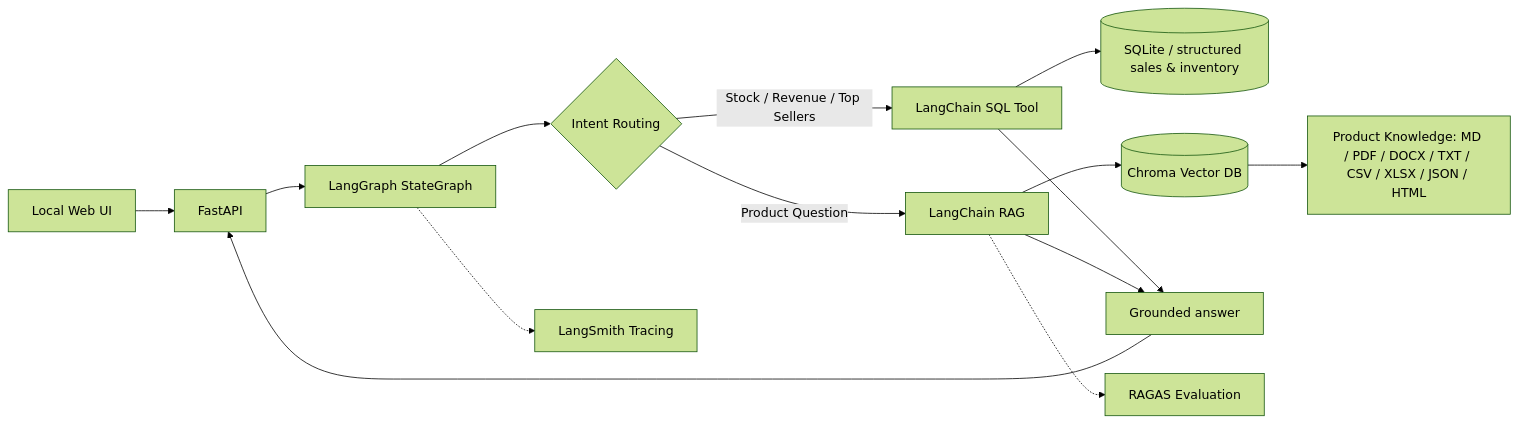
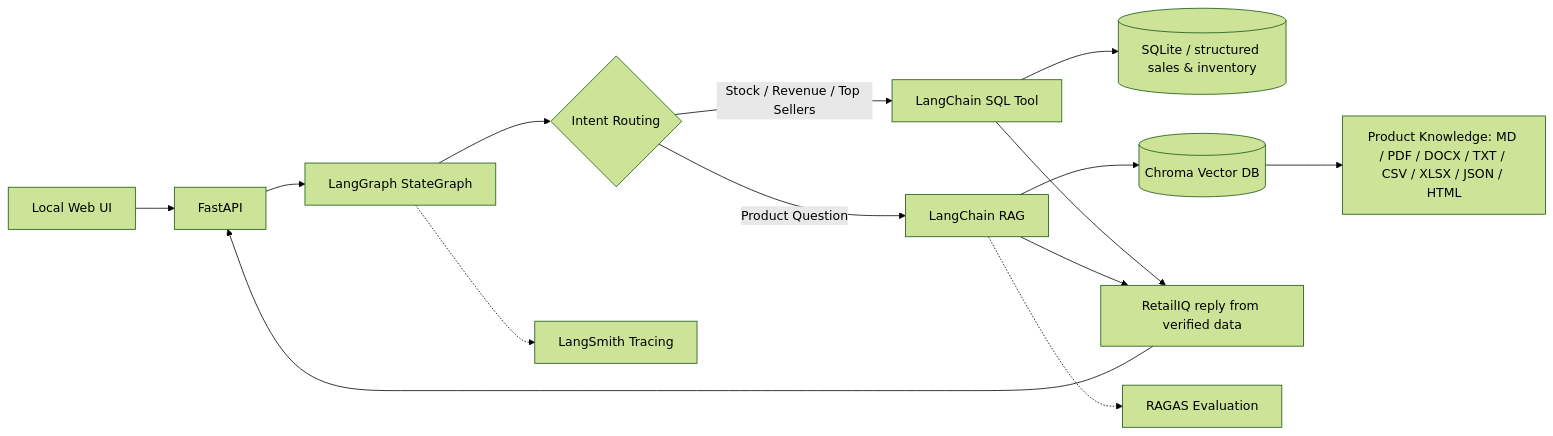
The diagram in docs/02_Architecture_and_Tech_Stack.md (hungtvb/retailIQ), drawn with Mermaid (forest theme) before and after one commit. The commit also changed other lines of this file, not shown here.

Commit message:
refactor(cleanup): isolate retail query logic from LangGraph orchestration

````diff
--- a/docs/02_Architecture_and_Tech_Stack.md
+++ b/docs/02_Architecture_and_Tech_Stack.md
@@ -10,16 +10,16 @@
 ```mermaid
 flowchart LR
  User[Local Web UI] --> API[FastAPI]
  API --> Graph[LangGraph StateGraph]
  Graph --> Router{Intent Routing}
  Router -->|Stock / Revenue / Top Sellers| SQL[LangChain SQL Tool]
  SQL --> DB[(SQLite / structured sales & inventory)]
  Router -->|Product Question| RAG[LangChain RAG]
  RAG --> Vec[(Chroma Vector DB)]
  Vec --> Docs[Product Knowledge: MD / PDF / DOCX / TXT / CSV / XLSX / JSON / HTML]
- SQL --> Answer[Grounded answer]
+ SQL --> Answer[RetailIQ reply from verified data]
  RAG --> Answer
+ Answer --> API
  Graph -.-> Trace[LangSmith Tracing]
  RAG -.-> Eval[RAGAS Evaluation]
- Answer --> API
 ```
````
